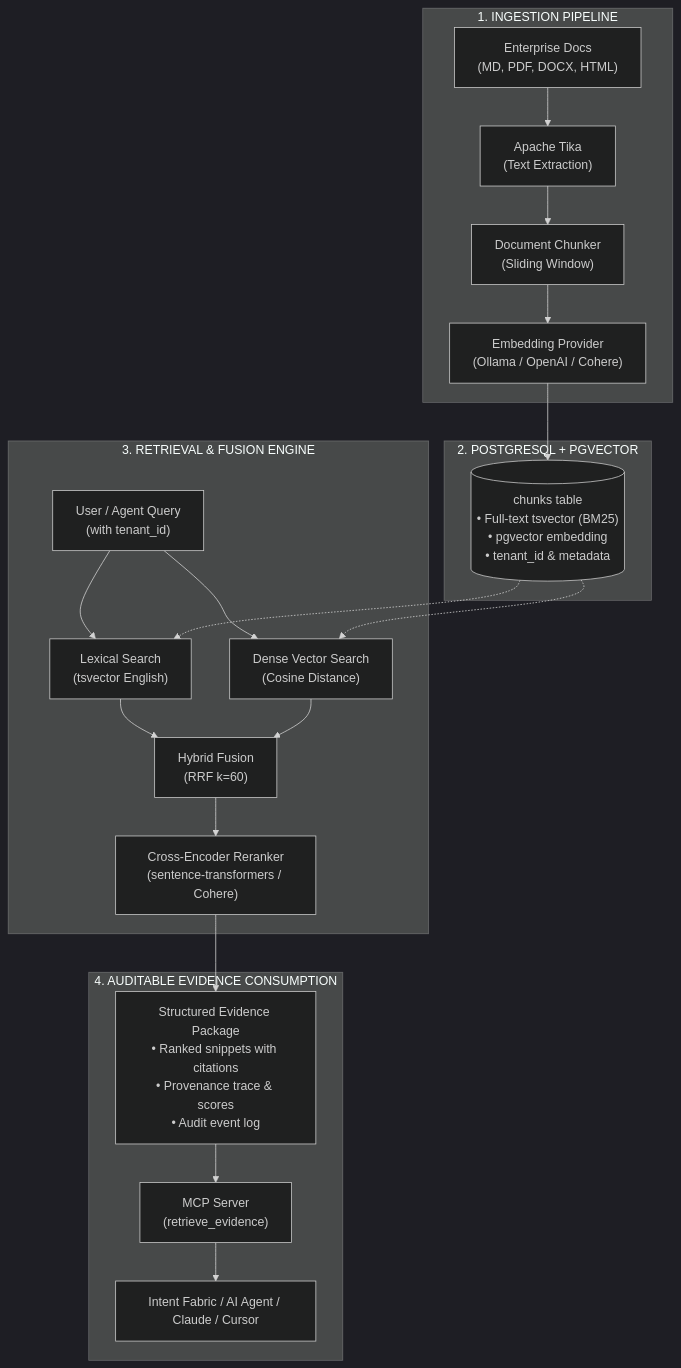
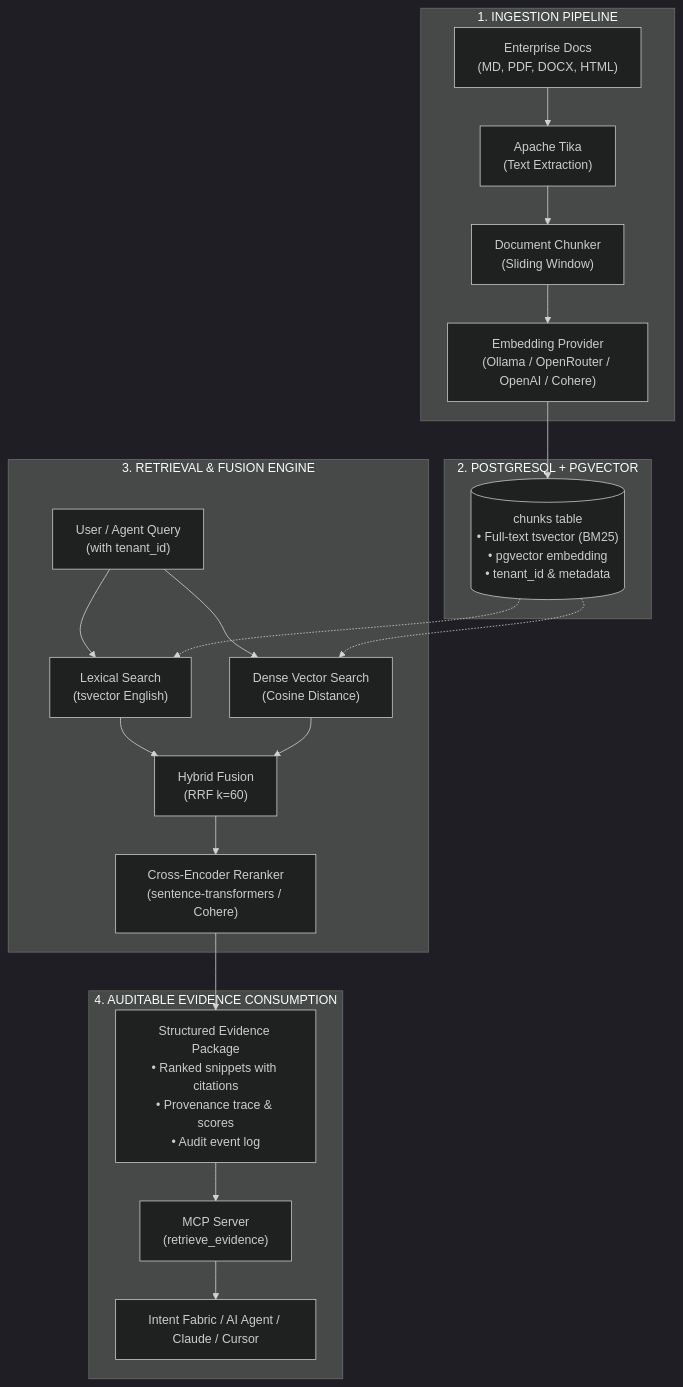
The diagram in README.md (invarcore/knowledge-fabric), drawn with Mermaid (dark theme) before and after one commit. The commit also changed other lines of this file, not shown here.

Commit message:
docs: document OpenRouter embedding provider and two-tier data architecture

````diff
--- a/README.md
+++ b/README.md
@@ -92,28 +92,28 @@
 ```mermaid
 flowchart TB
     subgraph Ingestion ["1. INGESTION PIPELINE"]
         Sources["Enterprise Docs\n(MD, PDF, DOCX, HTML)"] --> Tika["Apache Tika\n(Text Extraction)"]
         Tika --> Chunker["Document Chunker\n(Sliding Window)"]
-        Chunker --> Embedder["Embedding Provider\n(Ollama / OpenAI / Cohere)"]
+        Chunker --> Embedder["Embedding Provider\n(Ollama / OpenRouter / OpenAI / Cohere)"]
     end
 
     subgraph Storage ["2. POSTGRESQL + PGVECTOR"]
         Embedder --> Chunks[("chunks table\n• Full-text tsvector (BM25)\n• pgvector embedding\n• tenant_id & metadata")]
     end
 
     subgraph Retrieval ["3. RETRIEVAL & FUSION ENGINE"]
         Query["User / Agent Query\n(with tenant_id)"] --> Lexical["Lexical Search\n(tsvector English)"]
         Query --> Vector["Dense Vector Search\n(Cosine Distance)"]
         Chunks -.-> Lexical
         Chunks -.-> Vector
         Lexical --> RRF["Hybrid Fusion\n(RRF k=60)"]
         Vector --> RRF
         RRF --> Reranker["Cross-Encoder Reranker\n(sentence-transformers / Cohere)"]
     end
 
     subgraph Interface ["4. AUDITABLE EVIDENCE CONSUMPTION"]
         Reranker --> EvidencePkg["Structured Evidence Package\n• Ranked snippets with citations\n• Provenance trace & scores\n• Audit event log"]
         EvidencePkg --> MCPServer["MCP Server\n(retrieve_evidence)"]
         MCPServer --> Downstream["Intent Fabric / AI Agent / Claude / Cursor"]
     end
 ```
````
